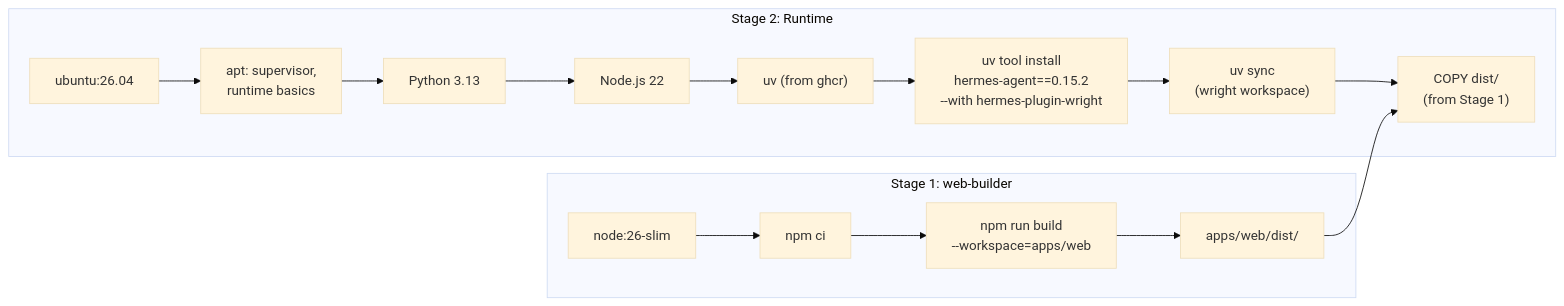
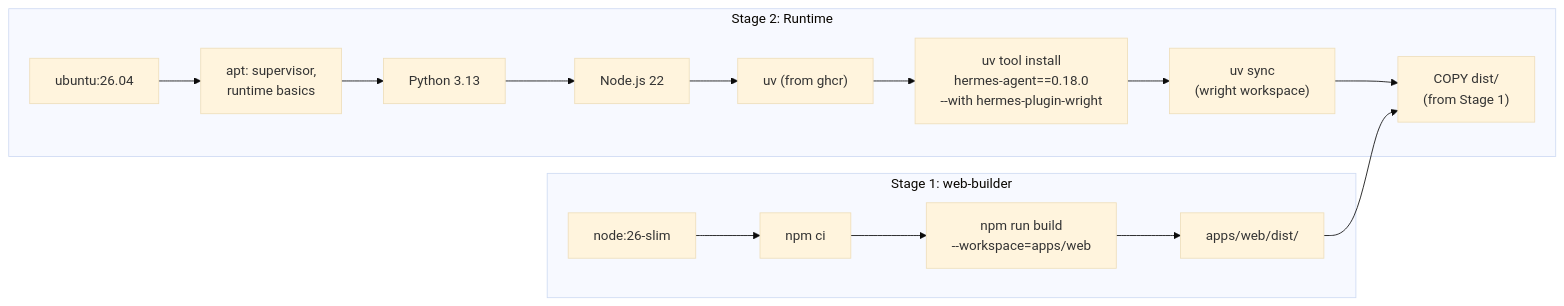
Before and after one commit to burhop/wright: the fourth of 8 diagrams in docs/deployment-configurations.md, drawn with Mermaid (base theme). The commit also changed other lines of this file and 11 other files, not shown here.

Commit message:
Upgrade Hermes install and add plugin lifecycle tests

````diff
--- a/docs/deployment-configurations.md
+++ b/docs/deployment-configurations.md
@@ -253,22 +253,22 @@
 ```mermaid
 graph LR
     subgraph "Stage 1: web-builder"
         S1["node:26-slim"]
         S1 --> NPM["npm ci"]
         NPM --> BUILD["npm run build<br/>--workspace=apps/web"]
         BUILD --> DIST["apps/web/dist/"]
     end
 
     subgraph "Stage 2: Runtime"
         S2["ubuntu:26.04"]
         S2 --> SYS["apt: supervisor,<br/>runtime basics"]
         SYS --> PY["Python 3.13"]
         PY --> NODE["Node.js 22"]
         NODE --> UV["uv (from ghcr)"]
-        UV --> HERMES_INSTALL["uv tool install<br/>hermes-agent==0.15.2<br/>--with hermes-plugin-wright"]
+        UV --> HERMES_INSTALL["uv tool install<br/>hermes-agent==0.18.0<br/>--with hermes-plugin-wright"]
         HERMES_INSTALL --> WSYNC["uv sync<br/>(wright workspace)"]
         WSYNC --> COPY_DIST["COPY dist/<br/>(from Stage 1)"]
     end
 
     DIST --> COPY_DIST
 ```
````
